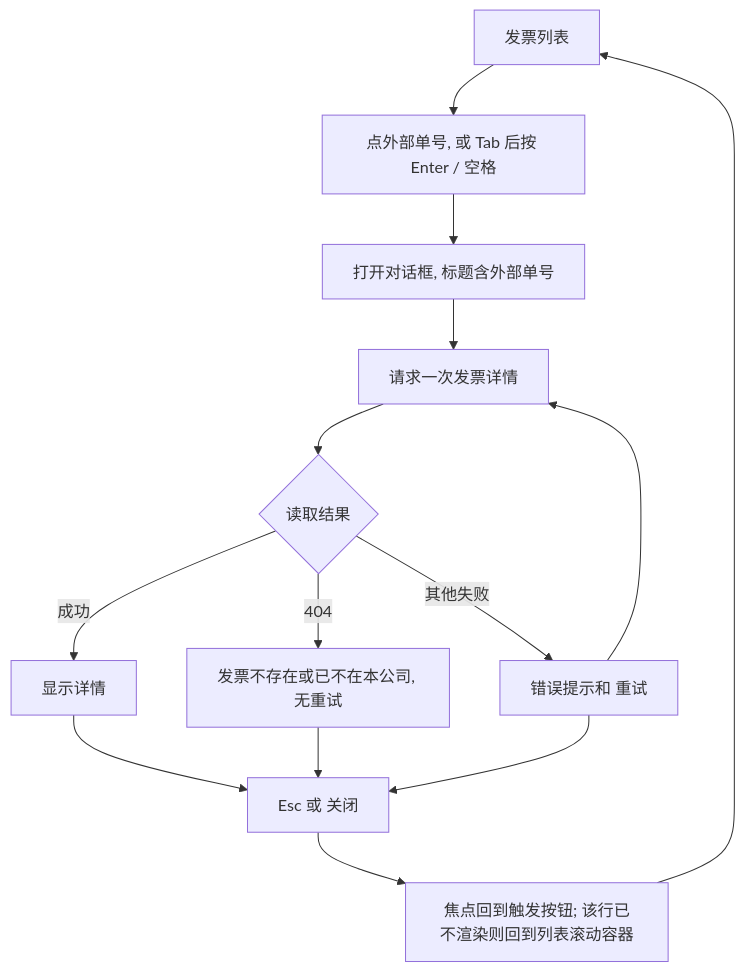
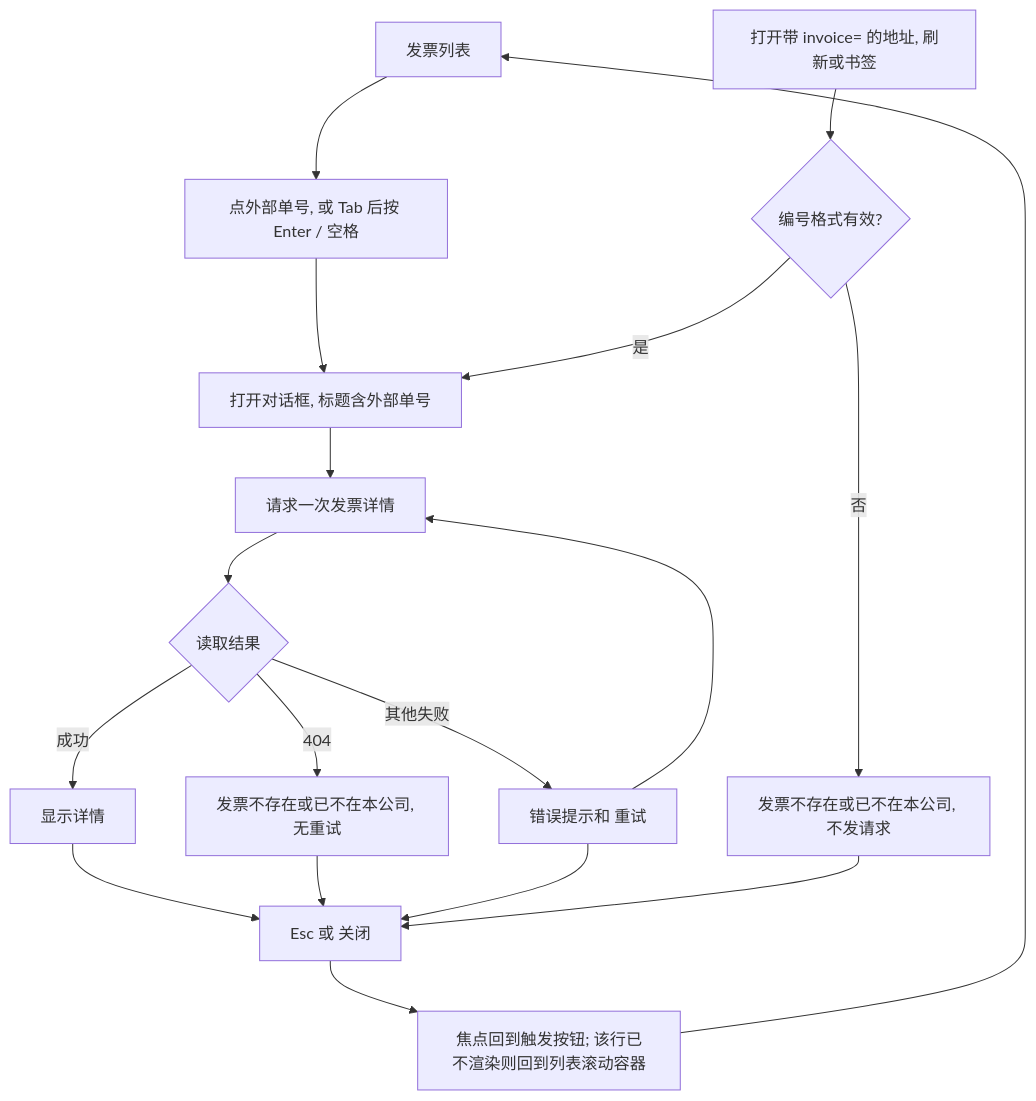
One commit to lingshf/ai-native-erp changed the first of 3 diagrams in docs/flows/invoice-detail-flow.md. Above: the diagram before and after it, drawn with Mermaid. The commit also changed other lines of this file and 7 other files, not shown here.

````diff
--- a/docs/flows/invoice-detail-flow.md
+++ b/docs/flows/invoice-detail-flow.md
@@ -7,16 +7,20 @@
 ```mermaid
 flowchart TD
   A[发票列表] --> B[点外部单号, 或 Tab 后按 Enter / 空格]
   B --> C[打开对话框, 标题含外部单号]
   C --> D[请求一次发票详情]
   D --> E{读取结果}
   E -- 成功 --> F[显示详情]
   E -- 404 --> G[发票不存在或已不在本公司, 无重试]
   E -- 其他失败 --> H[错误提示和 重试]
   H --> D
   F --> I[Esc 或 关闭]
   G --> I
   H --> I
   I --> J[焦点回到触发按钮; 该行已不渲染则回到列表滚动容器]
   J --> A
+  K[打开带 invoice= 的地址, 刷新或书签] --> K2{编号格式有效?}
+  K2 -- 是 --> C
+  K2 -- 否 --> G2[发票不存在或已不在本公司, 不发请求]
+  G2 --> I
 ```
````
